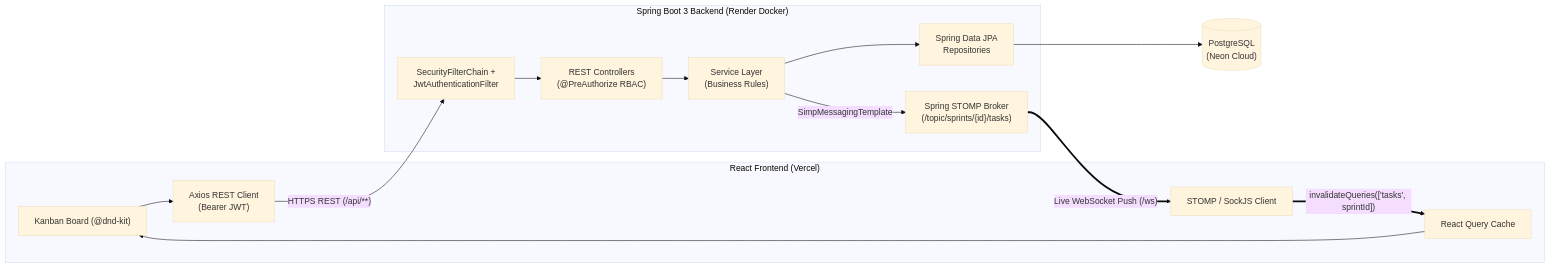
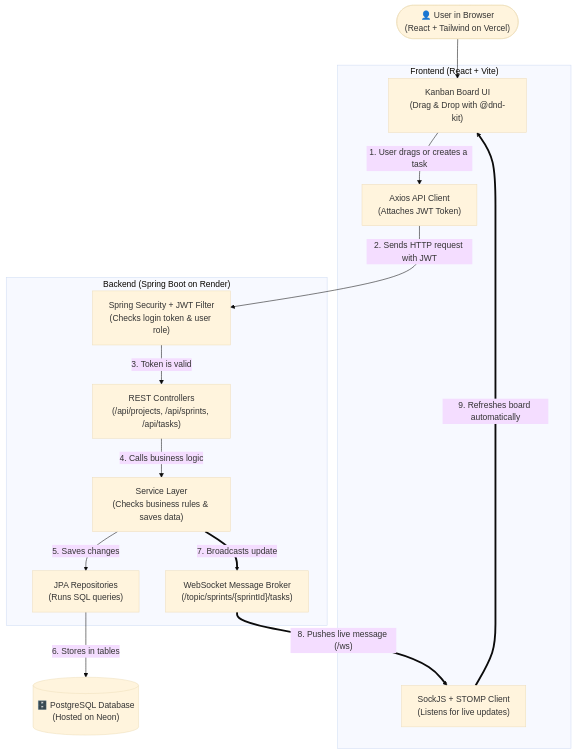
The first of 2 diagrams in README.md (JanickVision27/Task-Sprint-Tracker), drawn with Mermaid (base theme) before and after one commit. The commit also changed other lines of this file, not shown here.

Commit message:
docs: rewrite README in simple, authentic student voice with vertical architecture diagram and personal journey

````diff
--- a/README.md
+++ b/README.md
@@ -36,26 +38,31 @@
 ```mermaid
-flowchart LR
-    subgraph Client ["React Frontend (Vercel)"]
-        UI["Kanban Board (@dnd-kit)"]
-        RQ["React Query Cache"]
-        Axios["Axios REST Client\n(Bearer JWT)"]
-        Stomp["STOMP / SockJS Client"]
+flowchart TD
+    User(["👤 User in Browser\n(React + Tailwind on Vercel)"])
+    
+    subgraph Frontend ["Frontend (React + Vite)"]
+        Board["Kanban Board UI\n(Drag & Drop with @dnd-kit)"]
+        Axios["Axios API Client\n(Attaches JWT Token)"]
+        WSClient["SockJS + STOMP Client\n(Listens for live updates)"]
     end
 
-    subgraph Server ["Spring Boot 3 Backend (Render Docker)"]
-        Sec["SecurityFilterChain +\nJwtAuthenticationFilter"]
-        Ctrl["REST Controllers\n(@PreAuthorize RBAC)"]
-        Svc["Service Layer\n(Business Rules)"]
-        Broker["Spring STOMP Broker\n(/topic/sprints/{id}/tasks)"]
-        Repo["Spring Data JPA\nRepositories"]
+    subgraph Backend ["Backend (Spring Boot on Render)"]
+        Security["Spring Security + JWT Filter\n(Checks login token & user role)"]
+        Controller["REST Controllers\n(/api/projects, /api/sprints, /api/tasks)"]
+        Service["Service Layer\n(Checks business rules & saves data)"]
+        WSBroker["WebSocket Message Broker\n(/topic/sprints/{sprintId}/tasks)"]
+        Repository["JPA Repositories\n(Runs SQL queries)"]
     end
 
-    DB[("PostgreSQL\n(Neon Cloud)")]
+    DB[("🗄️ PostgreSQL Database\n(Hosted on Neon)")]
 
-    UI --> Axios
-    Axios -->|"HTTPS REST (/api/**)"| Sec
-    Sec --> Ctrl --> Svc --> Repo --> DB
-    Svc -->|"SimpMessagingTemplate"| Broker
-    Broker ==>|"Live WebSocket Push (/ws)"| Stomp
-    Stomp ==>|"invalidateQueries(['tasks', sprintId])"| RQ --> UI
+    User --> Board
+    Board -->|"1. User drags or creates a task"| Axios
+    Axios -->|"2. Sends HTTP request with JWT"| Security
+    Security -->|"3. Token is valid"| Controller
+    Controller -->|"4. Calls business logic"| Service
+    Service -->|"5. Saves changes"| Repository
+    Repository -->|"6. Stores in tables"| DB
+    Service ==>|"7. Broadcasts update"| WSBroker
+    WSBroker ==>|"8. Pushes live message (/ws)"| WSClient
+    WSClient ==>|"9. Refreshes board automatically"| Board
 ```
````
